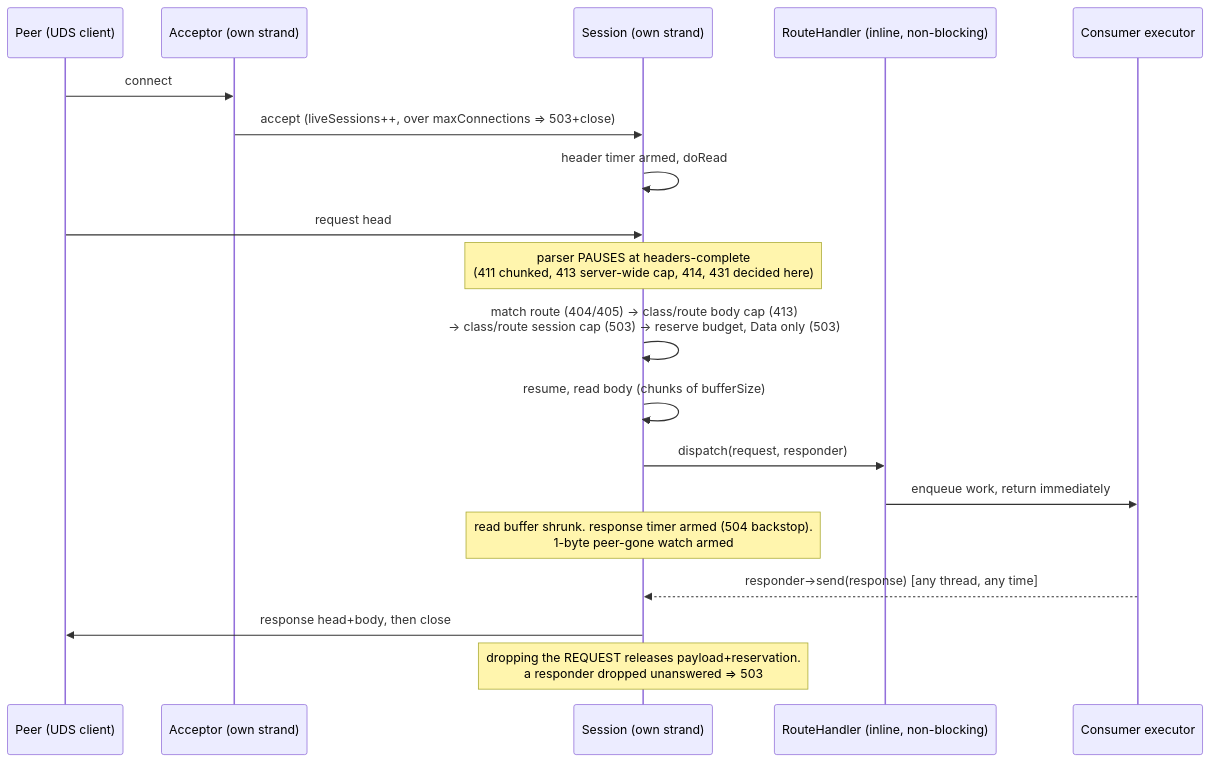
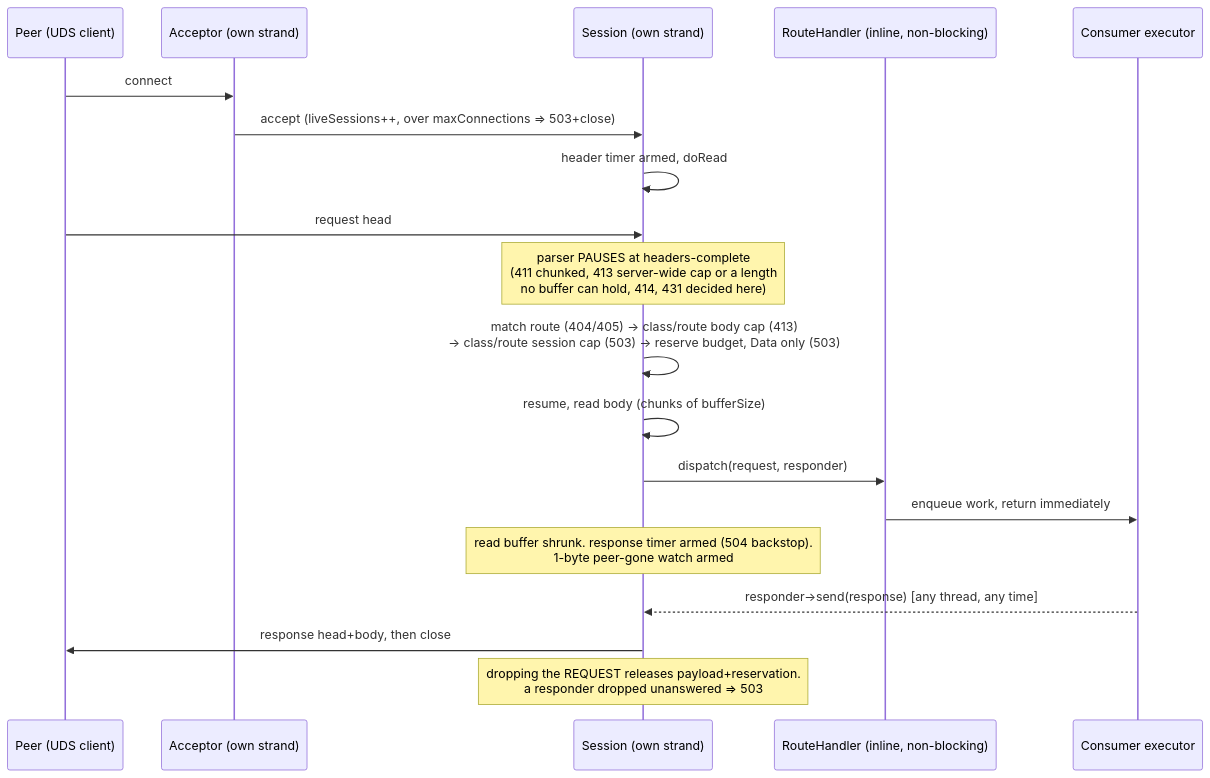
One commit to wazuh/wazuh changed the first of 3 diagrams in docs/ref/modules/utils/uds-http-server/architecture.md. Above: the diagram before and after it, drawn with Mermaid. The commit also changed 3 other files, not shown here.

````diff
--- a/docs/ref/modules/utils/uds-http-server/architecture.md
+++ b/docs/ref/modules/utils/uds-http-server/architecture.md
@@ -15,21 +15,21 @@
 ```mermaid
 sequenceDiagram
     participant P as Peer (UDS client)
     participant A as Acceptor (own strand)
     participant S as Session (own strand)
     participant H as RouteHandler (inline, non-blocking)
     participant W as Consumer executor
     P->>A: connect
     A->>S: accept (liveSessions++, over maxConnections ⇒ 503+close)
     S->>S: header timer armed, doRead
     P->>S: request head
-    Note over S: parser PAUSES at headers-complete<br/>(411 chunked, 413 server-wide cap, 414, 431 decided here)
+    Note over S: parser PAUSES at headers-complete<br/>(411 chunked, 413 server-wide cap or a length<br/>no buffer can hold, 414, 431 decided here)
     S->>S: match route (404/405) → class/route body cap (413)<br/>→ class/route session cap (503) → reserve budget, Data only (503)
     S->>S: resume, read body (chunks of bufferSize)
     S->>H: dispatch(request, responder)
     H->>W: enqueue work, return immediately
     Note over S: read buffer shrunk. response timer armed (504 backstop).<br/>1-byte peer-gone watch armed
     W-->>S: responder->send(response)  [any thread, any time]
     S->>P: response head+body, then close
     Note over S: dropping the REQUEST releases payload+reservation.<br/>a responder dropped unanswered ⇒ 503
 ```
````
